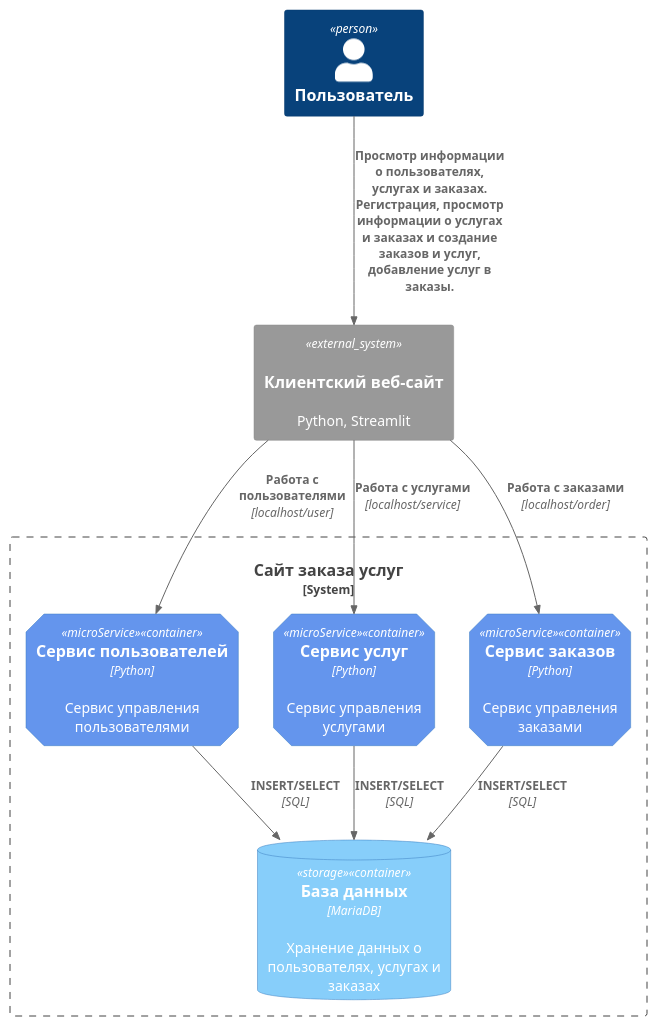
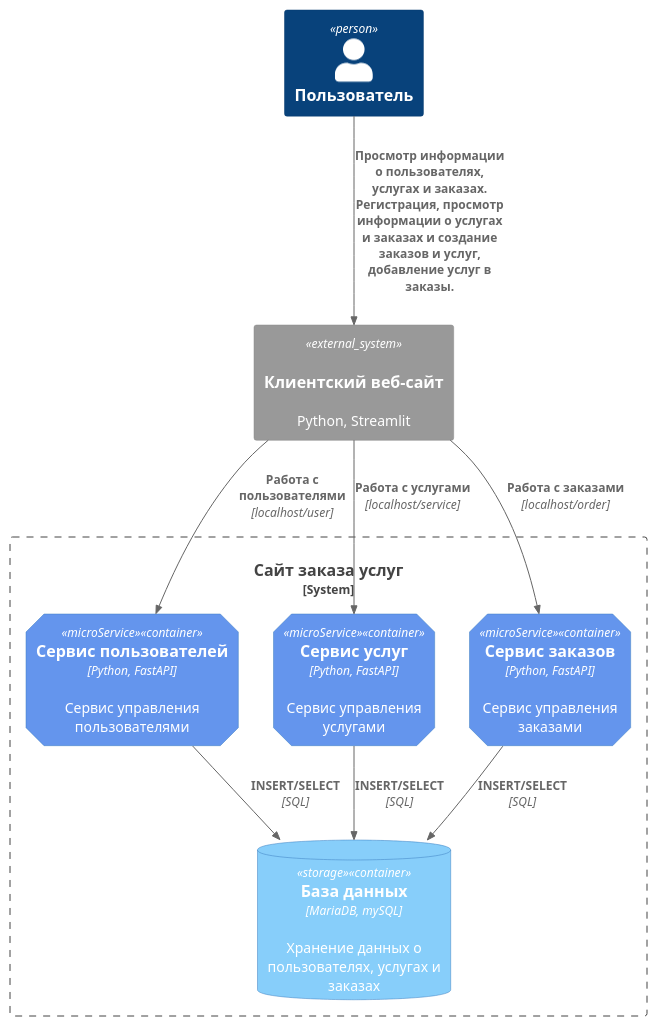
Before and after one commit to KoryakovDmitry/hl_mai_lab_01_python: the diagram in umls/companent_diagram.iuml, drawn with PlantUML.

Commit message:
upd companent_diagram.iuml

```diff
--- a/umls/companent_diagram.iuml
+++ b/umls/companent_diagram.iuml
@@ -1,30 +1,30 @@
 @startuml
 !include https://raw.githubusercontent.com/plantuml-stdlib/C4-PlantUML/master/C4_Container.puml
 
 AddElementTag("microService", $shape=EightSidedShape(), $bgColor="CornflowerBlue", $fontColor="white", $legendText="microservice")
 AddElementTag("storage", $shape=RoundedBoxShape(), $bgColor="lightSkyBlue", $fontColor="white")
 
 Person(user, "Пользователь")
 
 System_Ext(web_site, "Клиентский веб-сайт", "Python, Streamlit", "Веб-интерфейс")
 
 System_Boundary(service_order_site, "Сайт заказа услуг") {
-   Container(user_service, "Сервис пользователей", "Python", "Сервис управления пользователями", $tags = "microService")
-   Container(service_service, "Сервис услуг", "Python", "Сервис управления услугами", $tags = "microService")
-   Container(order_service, "Сервис заказов", "Python", "Сервис управления заказами", $tags = "microService")
-   ContainerDb(db, "База данных", "MariaDB", "Хранение данных о пользователях, услугах и заказах", $tags = "storage")
+   Container(user_service, "Сервис пользователей", "Python, FastAPI", "Сервис управления пользователями", $tags = "microService")
+   Container(service_service, "Сервис услуг", "Python, FastAPI", "Сервис управления услугами", $tags = "microService")
+   Container(order_service, "Сервис заказов", "Python, FastAPI", "Сервис управления заказами", $tags = "microService")
+   ContainerDb(db, "База данных", "MariaDB, mySQL", "Хранение данных о пользователях, услугах и заказах", $tags = "storage")
 
 }
 
 Rel(user, web_site, "Просмотр информации о пользователях, услугах и заказах. Регистрация, просмотр информации о услугах и заказах и создание заказов и услуг, добавление услуг в заказы.")
 
 Rel(web_site, user_service, "Работа с пользователями", "localhost/user")
 Rel(user_service, db, "INSERT/SELECT", "SQL")
 
 Rel(web_site, service_service, "Работа с услугами", "localhost/service")
 Rel(service_service, db, "INSERT/SELECT", "SQL")
 
 Rel(web_site, order_service, "Работа с заказами", "localhost/order")
 Rel(order_service, db, "INSERT/SELECT", "SQL")
 
 @enduml
```
